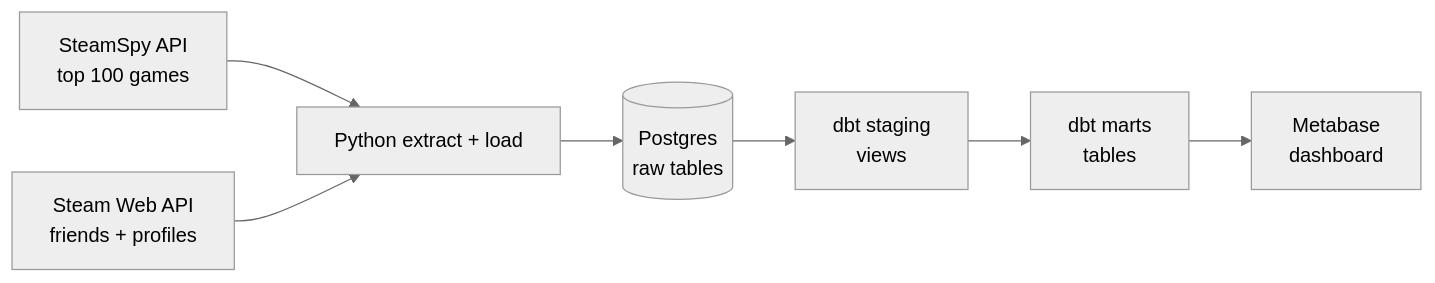
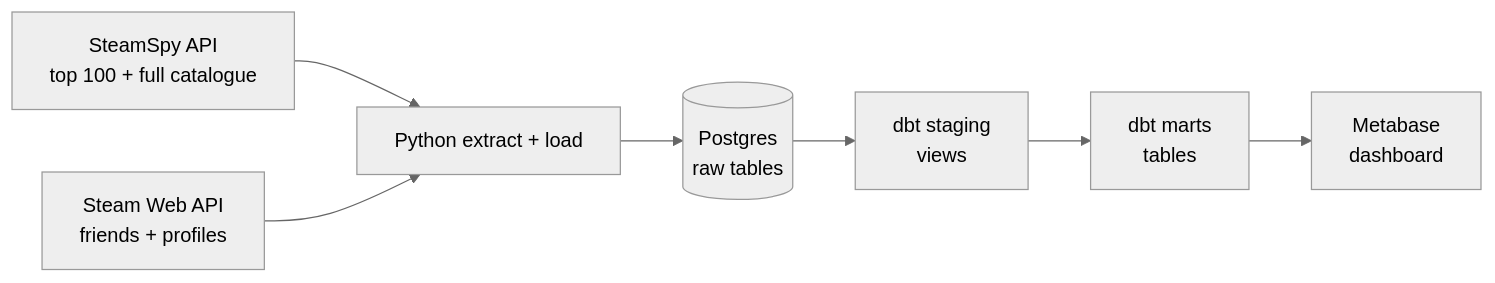
The first of 2 diagrams in README.md (dang2b/steam-analytics), drawn with Mermaid (neutral theme) before and after one commit. The commit also changed other lines of this file, not shown here.

Commit message:
docs: document the full catalogue load and weekly schedule

````diff
--- a/README.md
+++ b/README.md
@@ -11,9 +11,9 @@
 ```mermaid
 flowchart LR
-    A[SteamSpy API<br/>top 100 games] --> P[Python extract + load]
+    A[SteamSpy API<br/>top 100 + full catalogue] --> P[Python extract + load]
     B[Steam Web API<br/>friends + profiles] --> P
     P --> R[(Postgres<br/>raw tables)]
     R --> S[dbt staging<br/>views]
     S --> M[dbt marts<br/>tables]
     M --> D[Metabase<br/>dashboard]
 ```
````
